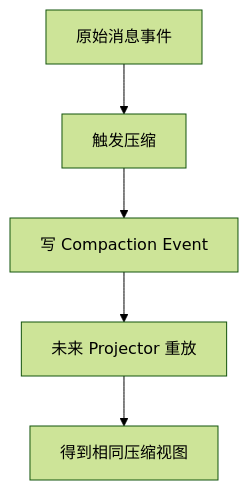
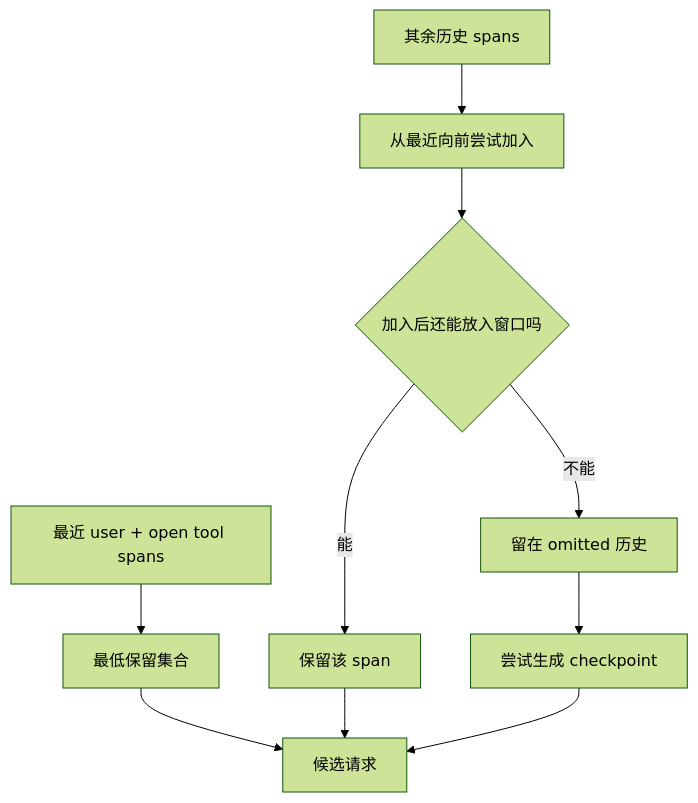
One commit to Arthur999459up/GitAgent changed the tenth of 18 diagrams in docs/10-context-governance-and-read-state.md. Above: the diagram before and after it, drawn with Mermaid (forest theme). The commit also changed other lines of this file and 3 other files, not shown here.

````diff
--- a/docs/10-context-governance-and-read-state.md
+++ b/docs/10-context-governance-and-read-state.md
@@ -118,7 +394,12 @@
 ```mermaid
 flowchart TD
-    H[原始消息事件] --> C[触发压缩]
-    C --> E[写 Compaction Event]
-    E --> P[未来 Projector 重放]
-    P --> V[得到相同压缩视图]
+    R[最近 user + open tool spans] --> B[最低保留集合]
+    H[其余历史 spans] --> P[从最近向前尝试加入]
+    P --> F{加入后还能放入窗口吗}
+    F -->|能| K[保留该 span]
+    F -->|不能| O[留在 omitted 历史]
+    B --> Q[候选请求]
+    K --> Q
+    O --> C[尝试生成 checkpoint]
+    C --> Q
 ```
````
